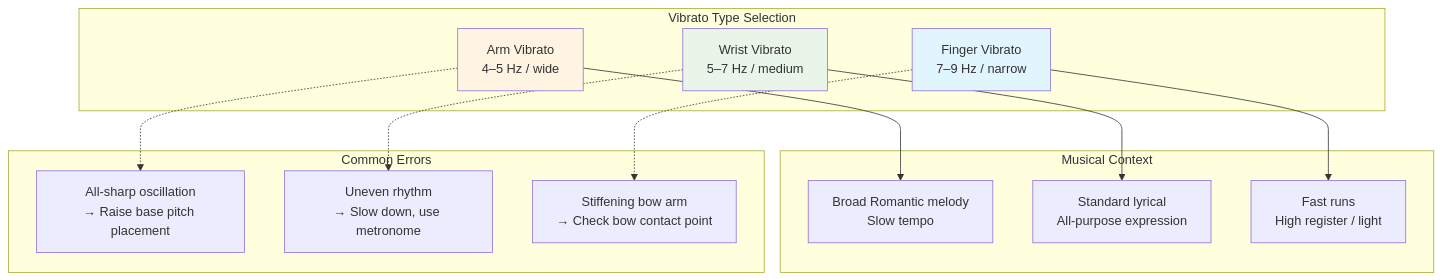
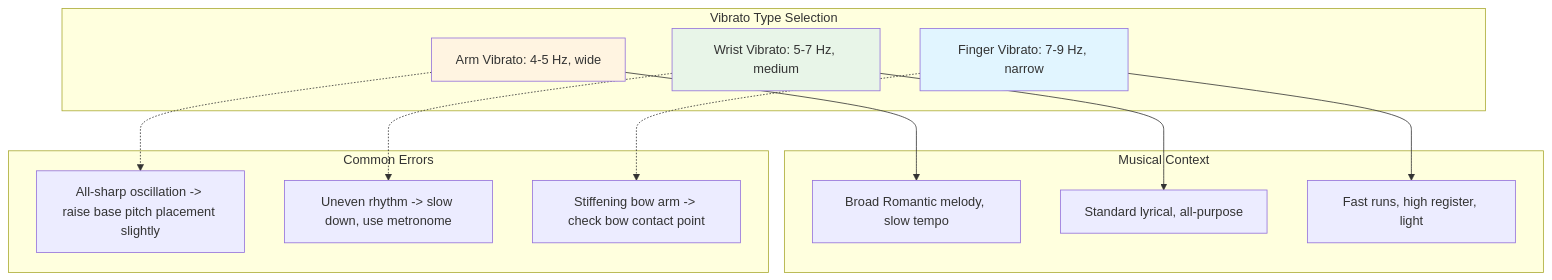
One commit to blebleblee/synapse changed the fourth of 8 diagrams in topics/arts/music_performance/strings/lesson_01_string_techniques.md. Above: the diagram before and after it, drawn with Mermaid. The commit also changed other lines of this file and 4 other files, not shown here.

````diff
--- a/topics/arts/music_performance/strings/lesson_01_string_techniques.md
+++ b/topics/arts/music_performance/strings/lesson_01_string_techniques.md
@@ -353,32 +348,32 @@
 ```mermaid
 graph TD
     subgraph sub_vib ["Vibrato Type Selection"]
-        V1["Arm Vibrato<br/>4–5 Hz / wide"]
-        V2["Wrist Vibrato<br/>5–7 Hz / medium"]
-        V3["Finger Vibrato<br/>7–9 Hz / narrow"]
+        V1["Arm Vibrato: 4-5 Hz, wide"]
+        V2["Wrist Vibrato: 5-7 Hz, medium"]
+        V3["Finger Vibrato: 7-9 Hz, narrow"]
     end
 
     subgraph sub_context ["Musical Context"]
-        C1["Broad Romantic melody<br/>Slow tempo"]
-        C2["Standard lyrical<br/>All-purpose expression"]
-        C3["Fast runs<br/>High register / light"]
+        C1["Broad Romantic melody, slow tempo"]
+        C2["Standard lyrical, all-purpose"]
+        C3["Fast runs, high register, light"]
     end
 
     subgraph sub_error ["Common Errors"]
-        E1["All-sharp oscillation<br/>→ Raise base pitch placement"]
-        E2["Uneven rhythm<br/>→ Slow down, use metronome"]
-        E3["Stiffening bow arm<br/>→ Check bow contact point"]
+        E1["All-sharp oscillation -> raise base pitch placement slightly"]
+        E2["Uneven rhythm -> slow down, use metronome"]
+        E3["Stiffening bow arm -> check bow contact point"]
     end
 
     V1 --> C1
     V2 --> C2
     V3 --> C3
 
     V1 -.-> E1
     V2 -.-> E2
     V3 -.-> E3
 
     style V1 fill:#fff4e1
     style V2 fill:#e8f5e8
     style V3 fill:#e1f5ff
 ```
````
